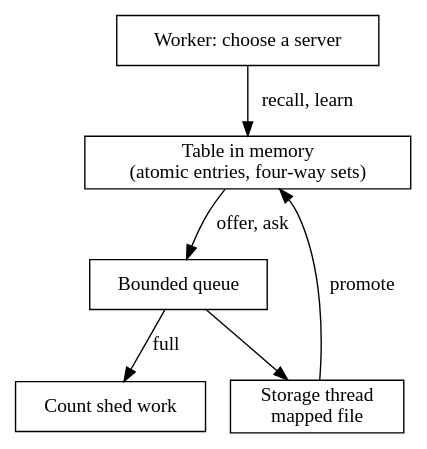
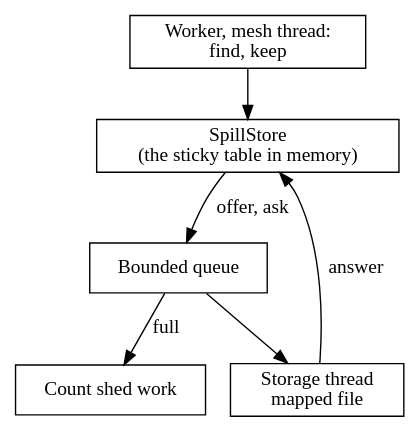
The diagram in docs/sid/records/0027-spill-cache.rst (insanai/sibuna), drawn with Graphviz before and after one commit. The commit also changed other lines of this file, not shown here.

Commit message:
sid: describe the spill cache under the sticky table of SID 0025 (0027)

```diff
--- a/docs/sid/records/0027-spill-cache.rst
+++ b/docs/sid/records/0027-spill-cache.rst
@@ -114,17 +116,17 @@
 .. graphviz::
    :caption: A worker reads and writes the table in memory. Only the storage thread touches the file.
-   :alt: Workers use an atomic table in memory. A bounded queue carries offers and questions to the storage thread, which owns the mapped file and answers into the table.
+   :alt: Workers and the mesh thread use the store. The store holds the table in memory. A bounded queue carries offers and questions to the storage thread, which owns the mapped file and answers into the table.
 
    digraph tiers {
      node [shape=box];
-     worker [label="Worker: choose a server"];
-     ram [label="Table in memory\n(atomic entries, four-way sets)"];
+     worker [label="Worker, mesh thread:\nfind, keep"];
+     ram [label="SpillStore\n(the sticky table in memory)"];
      queue [label="Bounded queue"];
      disk [label="Storage thread\nmapped file"];
      shed [label="Count shed work"];
-     worker -> ram [label="recall, learn"];
+     worker -> ram;
      ram -> queue [label="offer, ask"];
      queue -> disk;
      queue -> shed [label="full"];
-     disk -> ram [label="promote"];
+     disk -> ram [label="answer"];
    }
```
